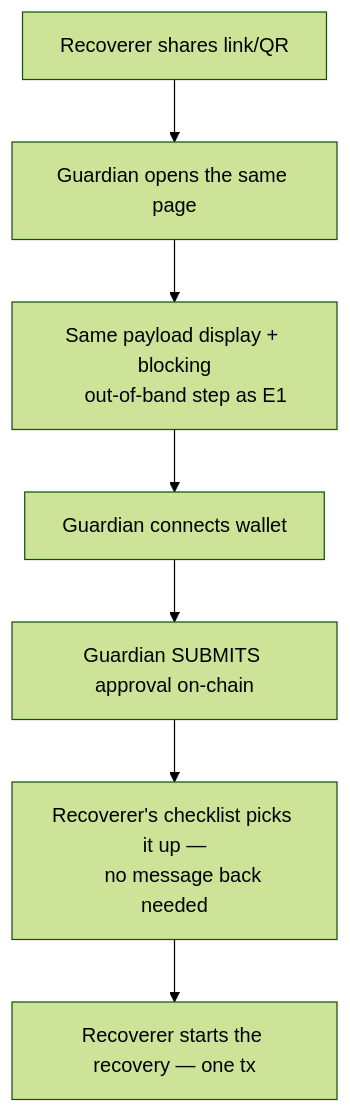
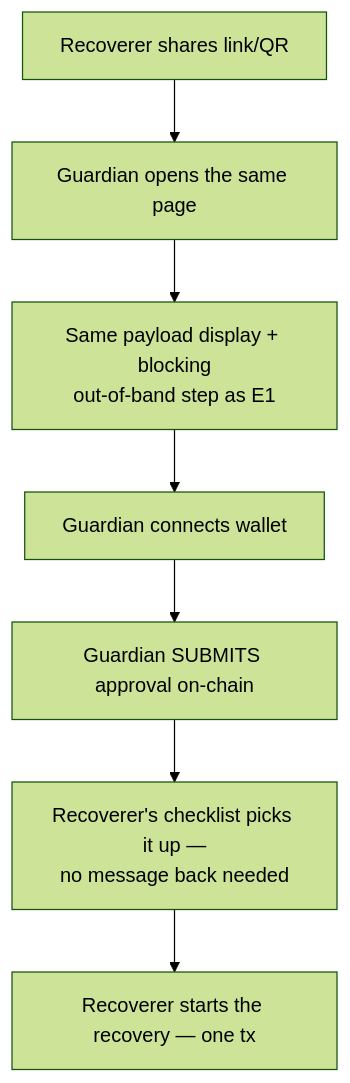
Before and after one commit to FiboAtWonder/kohaku-extension: the eighth of 10 diagrams in social-recovery-ux-flows.md, drawn with Mermaid (forest theme). The commit also changed other lines of this file, not shown here.

First line of the commit message:
docs: single-line mermaid labels + cross-flow click links

````diff
--- a/social-recovery-ux-flows.md
+++ b/social-recovery-ux-flows.md
@@ -392,11 +333,9 @@
 ```mermaid
 flowchart TD
     A[Recoverer shares link/QR] --> B[Guardian opens the same page]
-    B --> C["Same payload display + blocking
-    out-of-band step as E1"]
+    B --> C["Same payload display + blocking<br/>out-of-band step as E1"]
     C --> D[Guardian connects wallet]
     D --> E["Guardian SUBMITS approval on-chain"]
-    E --> F["Recoverer's checklist picks it up —
-    no message back needed"]
+    E --> F["Recoverer's checklist picks it up —<br/>no message back needed"]
     F --> G[Recoverer starts the recovery — one tx]
 ```
````
